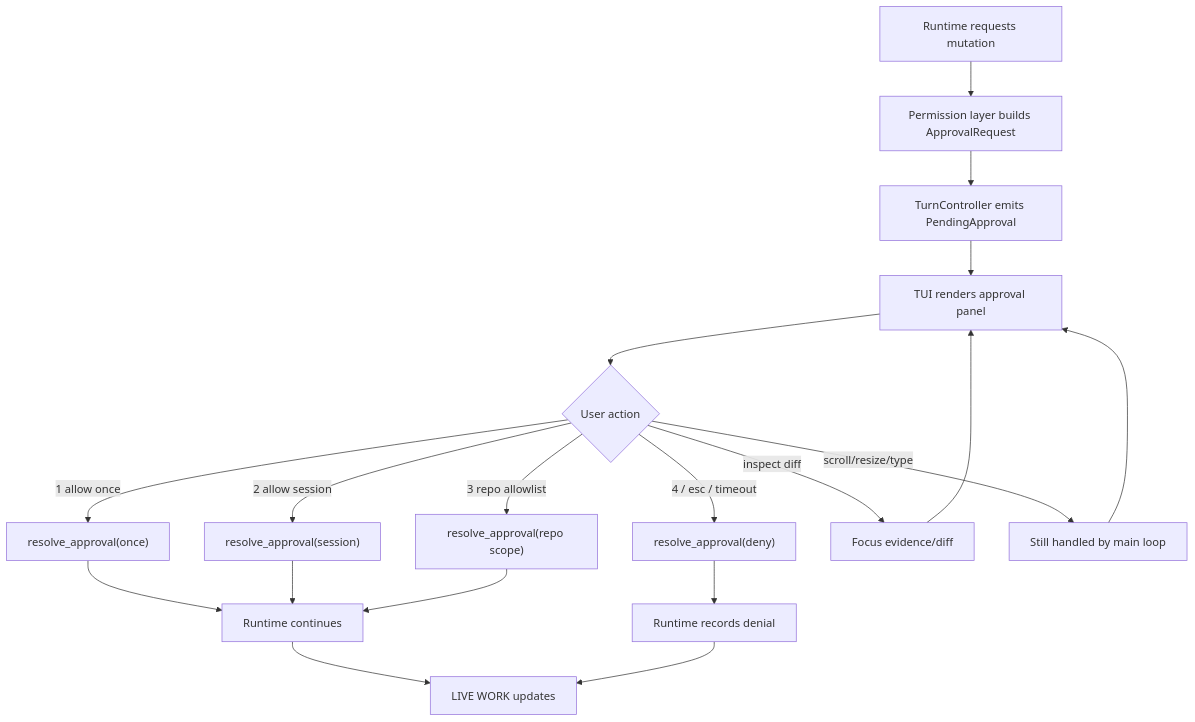
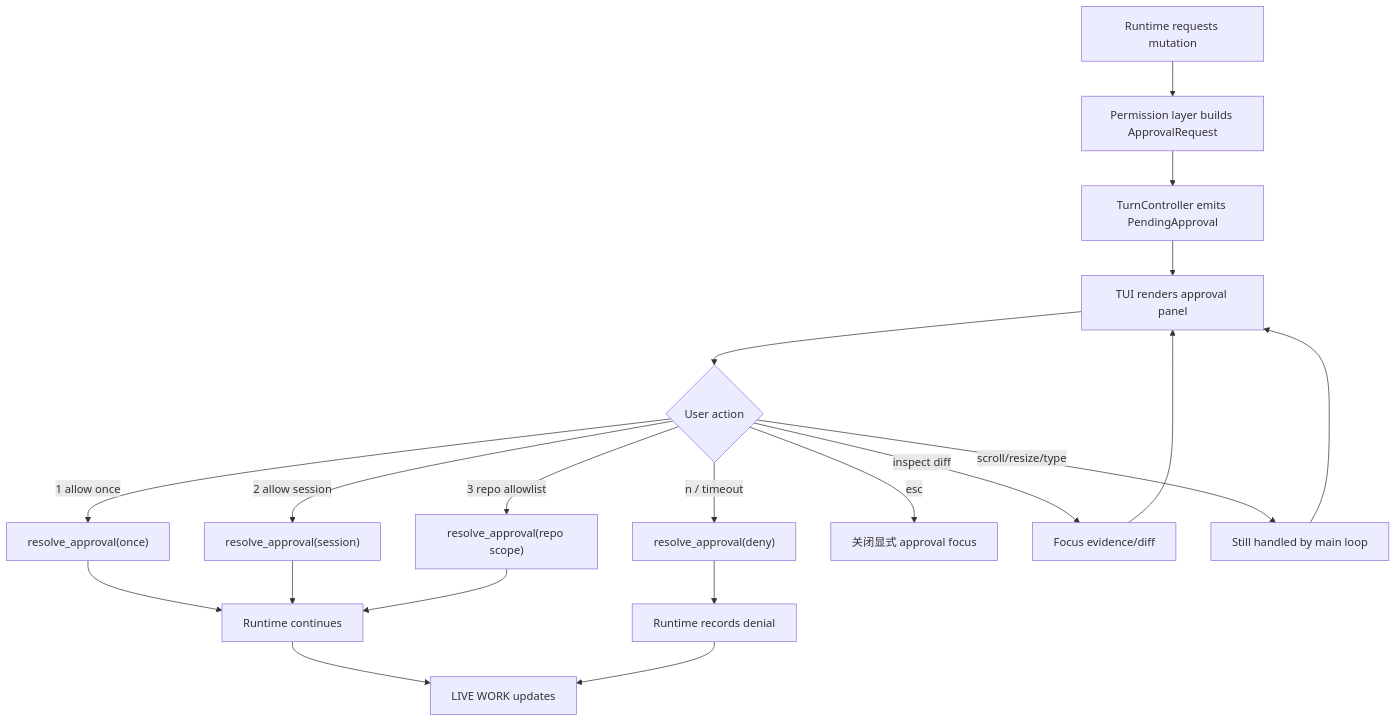
Before and after one commit to wikieden/robocode: the sixth of 10 diagrams in docs/tui-interaction-flow-design.zh-CN.md, drawn with Mermaid. The commit also changed other lines of this file and 16 other files, not shown here.

````diff
--- a/docs/tui-interaction-flow-design.zh-CN.md
+++ b/docs/tui-interaction-flow-design.zh-CN.md
@@ -203,21 +203,22 @@
 ```mermaid
 flowchart TD
     A["Runtime requests mutation"] --> B["Permission layer builds ApprovalRequest"]
     B --> C["TurnController emits PendingApproval"]
     C --> D["TUI renders approval panel"]
     D --> E{"User action"}
     E -->|1 allow once| F["resolve_approval(once)"]
     E -->|2 allow session| G["resolve_approval(session)"]
     E -->|3 repo allowlist| H["resolve_approval(repo scope)"]
-    E -->|4 / esc / timeout| I["resolve_approval(deny)"]
+    E -->|n / timeout| I["resolve_approval(deny)"]
+    E -->|esc| O["关闭显式 approval focus"]
     E -->|inspect diff| J["Focus evidence/diff"]
     E -->|scroll/resize/type| K["Still handled by main loop"]
     J --> D
     K --> D
     F --> L["Runtime continues"]
     G --> L
     H --> L
     I --> M["Runtime records denial"]
     L --> N["LIVE WORK updates"]
     M --> N
 ```
````
